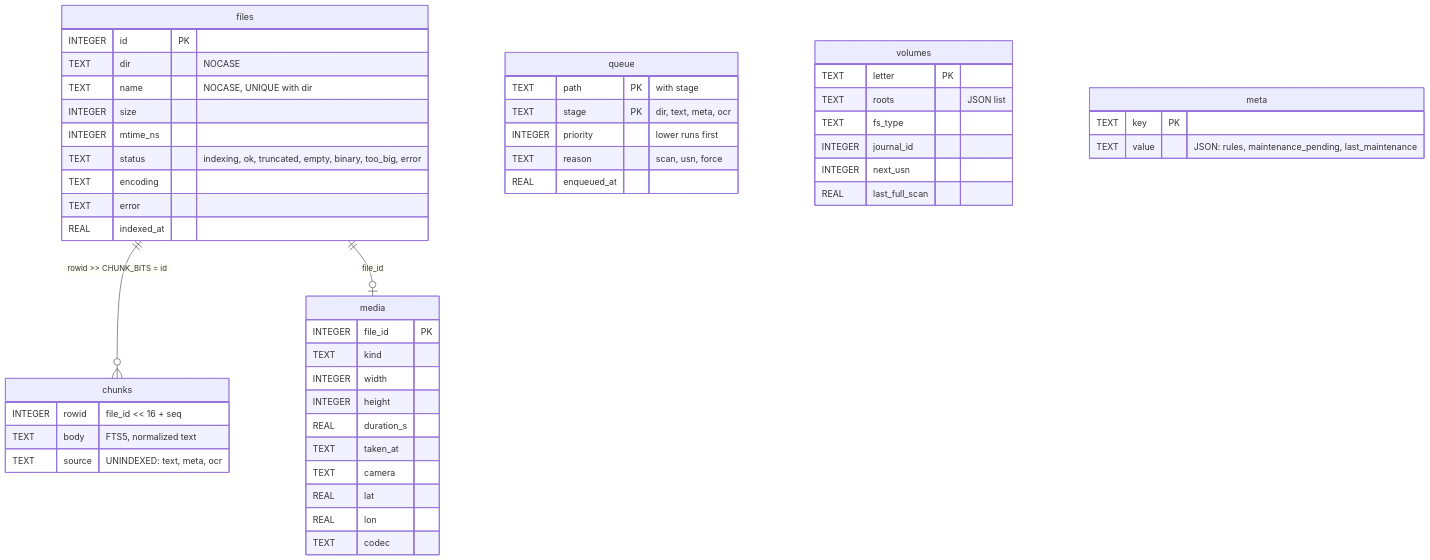
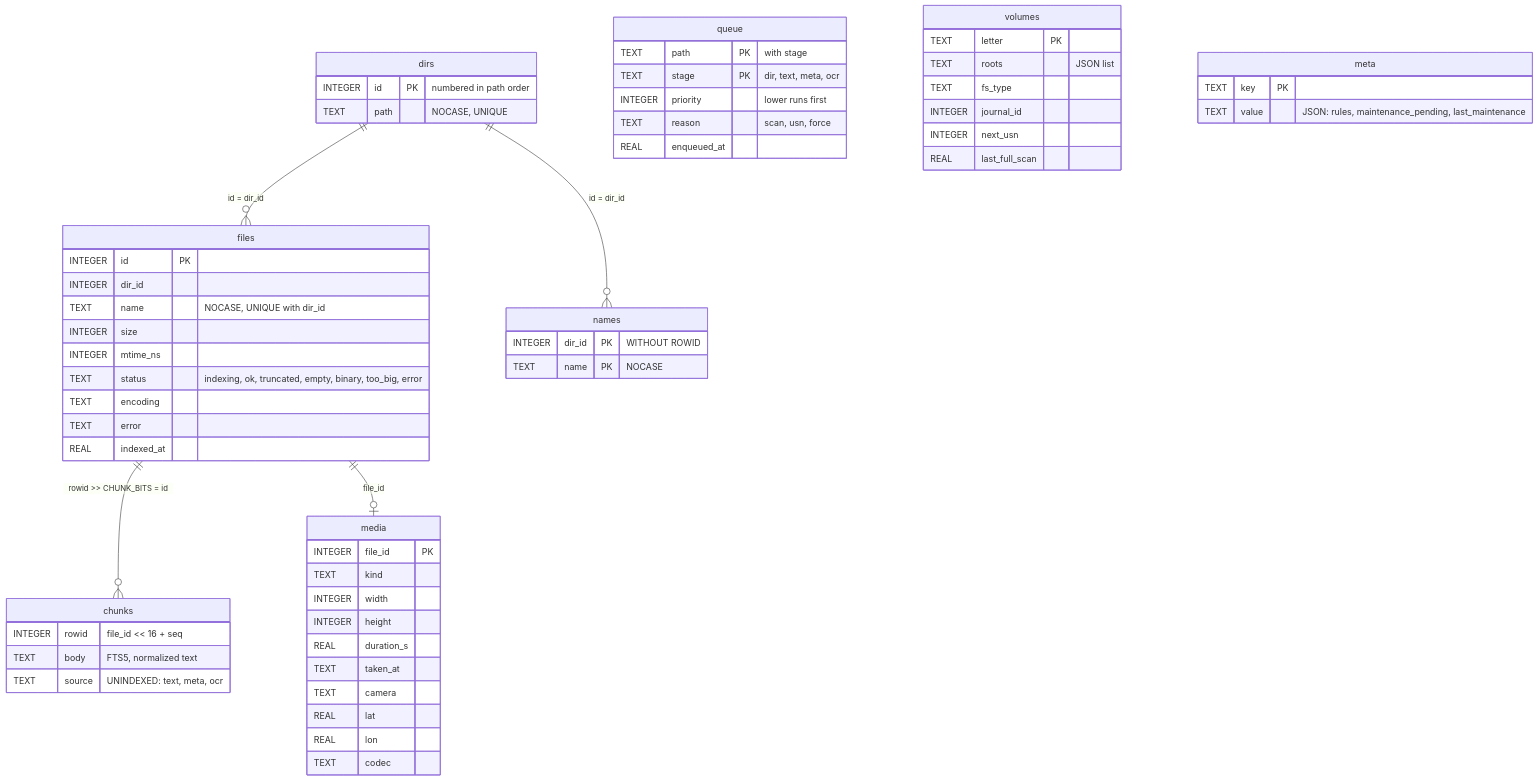
One commit to igrowing/sindex changed the fourth of 16 diagrams in architecture.md. Above: the diagram before and after it, drawn with Mermaid. The commit also changed other lines of this file and 14 other files, not shown here.

````diff
--- a/architecture.md
+++ b/architecture.md
@@ -386,52 +392,62 @@
 ```mermaid
 erDiagram
+    dirs ||--o{ files : "id = dir_id"
+    dirs ||--o{ names : "id = dir_id"
     files ||--o{ chunks : "rowid >> CHUNK_BITS = id"
     files ||--o| media : "file_id"
+    dirs {
+        INTEGER id PK "numbered in path order"
+        TEXT path "NOCASE, UNIQUE"
+    }
+    names {
+        INTEGER dir_id PK "WITHOUT ROWID"
+        TEXT name PK "NOCASE"
+    }
     files {
         INTEGER id PK
-        TEXT dir "NOCASE"
-        TEXT name "NOCASE, UNIQUE with dir"
+        INTEGER dir_id
+        TEXT name "NOCASE, UNIQUE with dir_id"
         INTEGER size
         INTEGER mtime_ns
         TEXT status "indexing, ok, truncated, empty, binary, too_big, error"
         TEXT encoding
         TEXT error
         REAL indexed_at
     }
     chunks {
         INTEGER rowid "file_id << 16 + seq"
         TEXT body "FTS5, normalized text"
         TEXT source "UNINDEXED: text, meta, ocr"
     }
     media {
         INTEGER file_id PK
         TEXT kind
         INTEGER width
         INTEGER height
         REAL duration_s
         TEXT taken_at
         TEXT camera
         REAL lat
         REAL lon
         TEXT codec
     }
     queue {
         TEXT path PK "with stage"
         TEXT stage PK "dir, text, meta, ocr"
         INTEGER priority "lower runs first"
         TEXT reason "scan, usn, force"
         REAL enqueued_at
     }
     volumes {
         TEXT letter PK
         TEXT roots "JSON list"
         TEXT fs_type
         INTEGER journal_id
         INTEGER next_usn
         REAL last_full_scan
     }
     meta {
         TEXT key PK
         TEXT value "JSON: rules, maintenance_pending, last_maintenance"
     }
 ```
````
